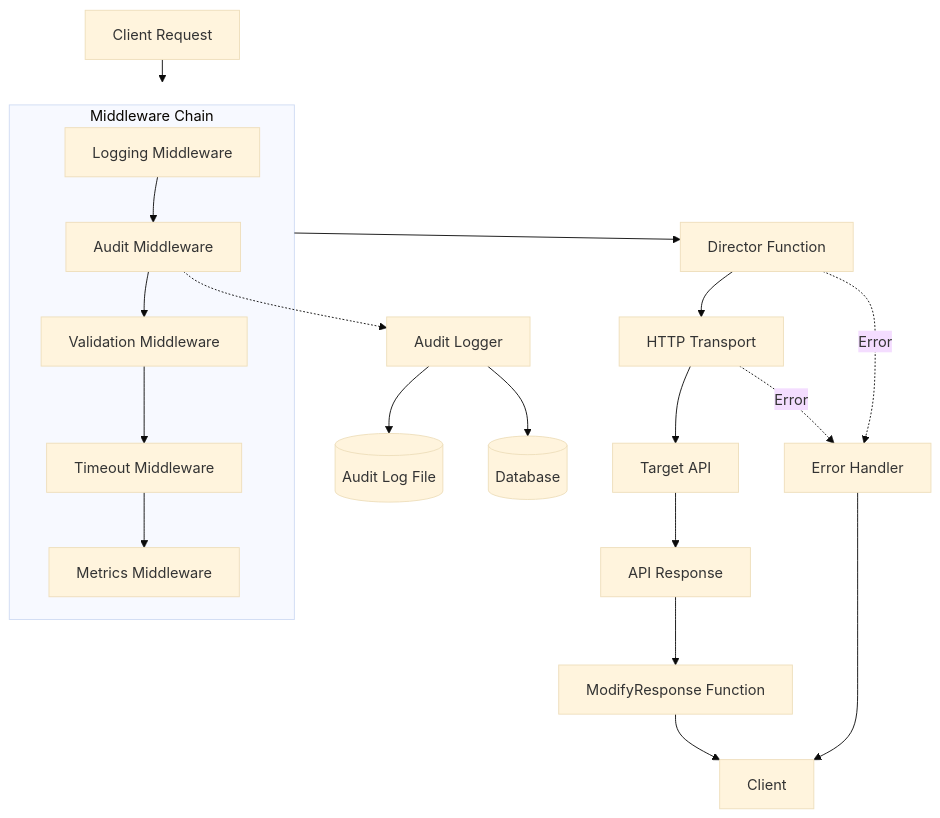
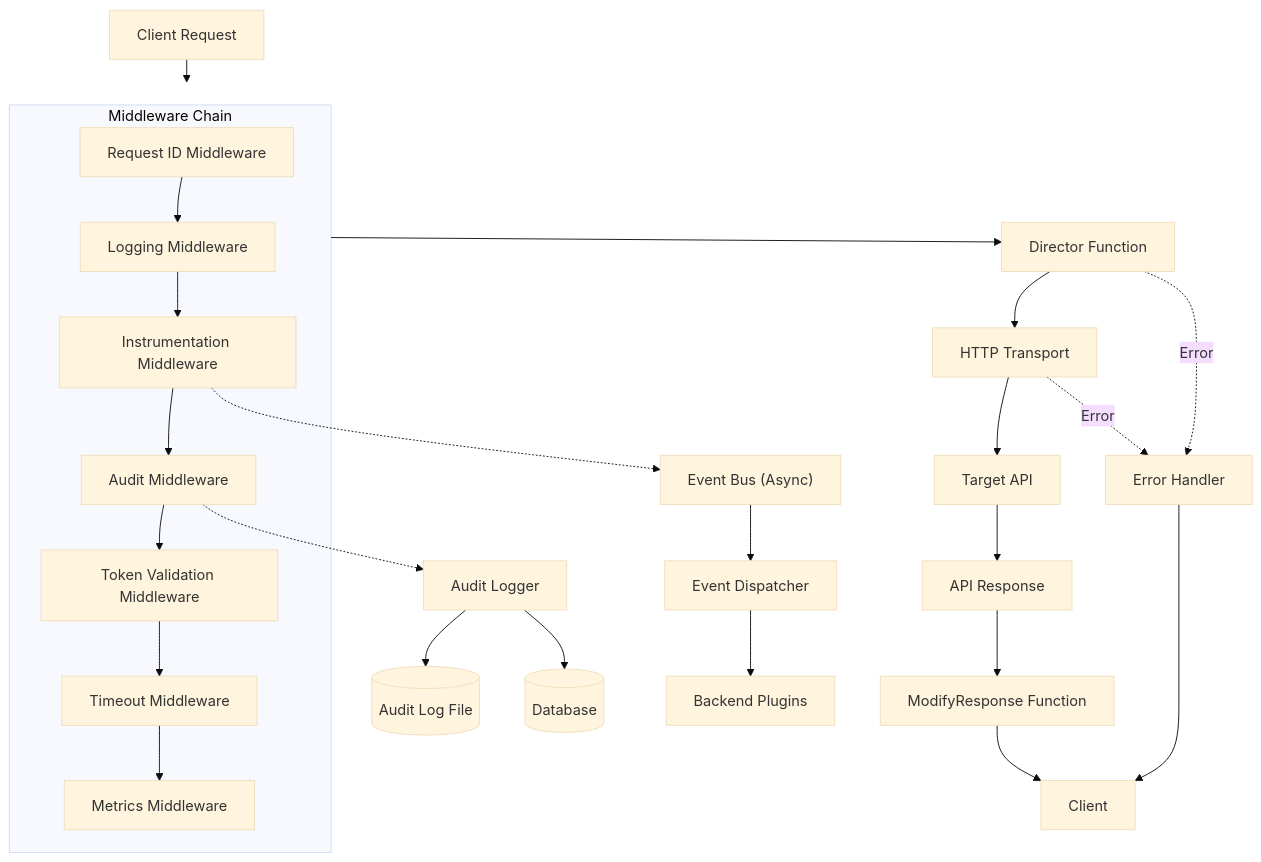
Before and after one commit to sofatutor/llm-proxy: the second of 9 diagrams in docs/architecture.md, drawn with Mermaid (base theme). The commit also changed other lines of this file and 5 other files, not shown here.

Commit message:
Complete developer documentation refresh with architecture, testing, and code organization guides

````diff
--- a/docs/architecture.md
+++ b/docs/architecture.md
@@ -59,22 +79,28 @@
 ```mermaid
 flowchart TD
     Request["Client Request"] --> Middleware
     
     subgraph Middleware["Middleware Chain"]
-        Logging["Logging Middleware"] --> Audit["Audit Middleware"]
-        Audit --> Validation["Validation Middleware"] 
+        RequestID["Request ID Middleware"] --> Logging["Logging Middleware"]
+        Logging --> Instrumentation["Instrumentation Middleware"]
+        Instrumentation --> Audit["Audit Middleware"]
+        Audit --> Validation["Token Validation Middleware"] 
         Validation --> Timeout["Timeout Middleware"]
         Timeout --> Metrics["Metrics Middleware"]
     end
     
     Middleware --> Director["Director Function"] --> Transport["HTTP Transport"] --> TargetAPI["Target API"]
     TargetAPI --> Response["API Response"] --> ModifyResponse["ModifyResponse Function"] --> Client["Client"]
+    
+    Instrumentation -.-> EventBus["Event Bus (Async)"]
+    EventBus --> EventDispatcher["Event Dispatcher"]
+    EventDispatcher --> Plugins["Backend Plugins"]
     
     Audit -.-> AuditLogger["Audit Logger"]
     AuditLogger --> AuditFile[("Audit Log File")]
     AuditLogger --> AuditDB[("Database")]
     
     ErrorHandler["Error Handler"] --> Client
     Director -.-> |"Error"| ErrorHandler
     Transport -.-> |"Error"| ErrorHandler
 ```
````
